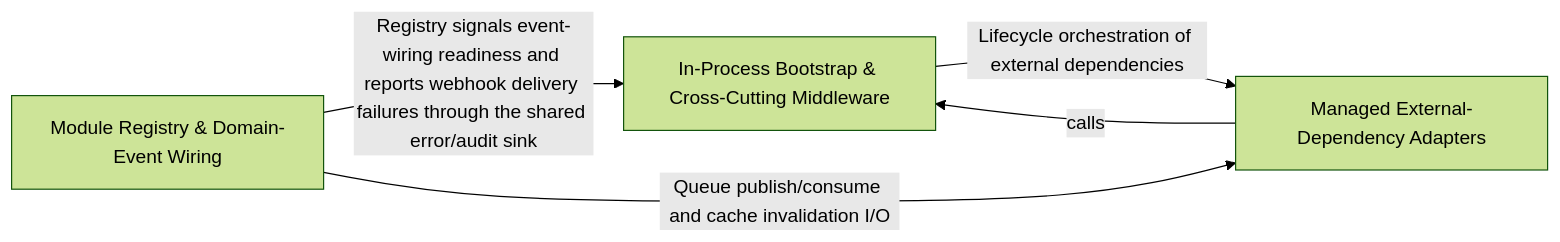
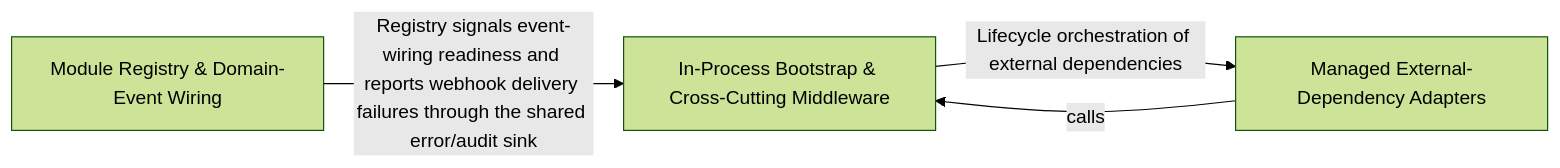
The diagram in .2brain/arch/In_Process_Runtime_Bootstrap_App_Assembly.md (Guebbit/boilerplate-node-backend), drawn with Mermaid (forest theme) before and after one commit. The commit also changed other lines of this file and 1102 other files, not shown here.

````diff
--- a/.2brain/arch/In_Process_Runtime_Bootstrap_App_Assembly.md
+++ b/.2brain/arch/In_Process_Runtime_Bootstrap_App_Assembly.md
@@ -10,10 +10,9 @@
 ```mermaid
 graph LR
     In_Process_Bootstrap_Cross_Cutting_Middleware["In-Process Bootstrap & Cross-Cutting Middleware"]
     Managed_External_Dependency_Adapters["Managed External-Dependency Adapters"]
     Module_Registry_Domain_Event_Wiring["Module Registry & Domain-Event Wiring"]
     In_Process_Bootstrap_Cross_Cutting_Middleware -- "Lifecycle orchestration of external dependencies" --> Managed_External_Dependency_Adapters
     Managed_External_Dependency_Adapters -- "calls" --> In_Process_Bootstrap_Cross_Cutting_Middleware
     Module_Registry_Domain_Event_Wiring -- "Registry signals event-wiring readiness and reports webhook delivery failures through the shared error/audit sink" --> In_Process_Bootstrap_Cross_Cutting_Middleware
-    Module_Registry_Domain_Event_Wiring -- "Queue publish/consume and cache invalidation I/O" --> Managed_External_Dependency_Adapters
 ```
````
